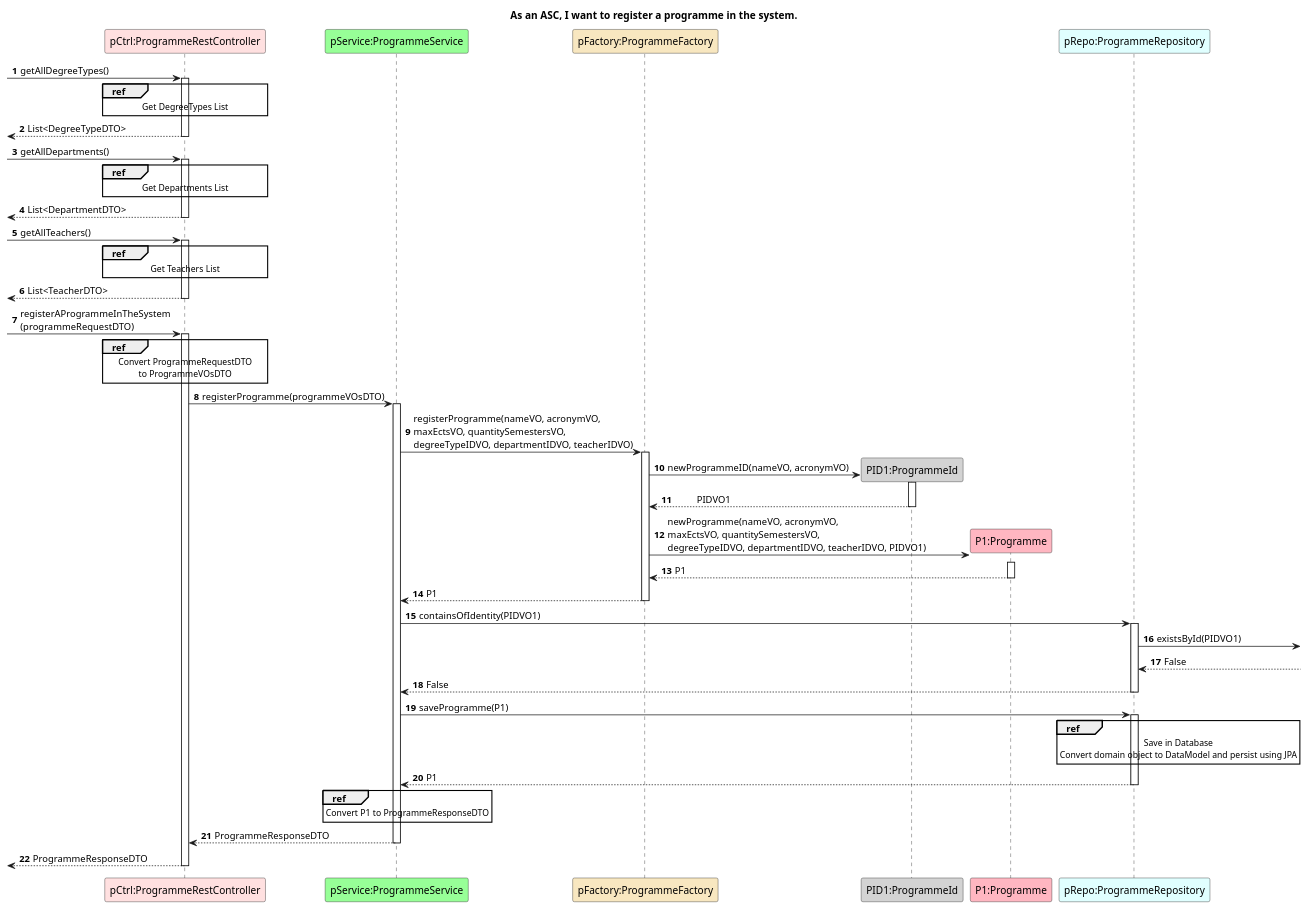
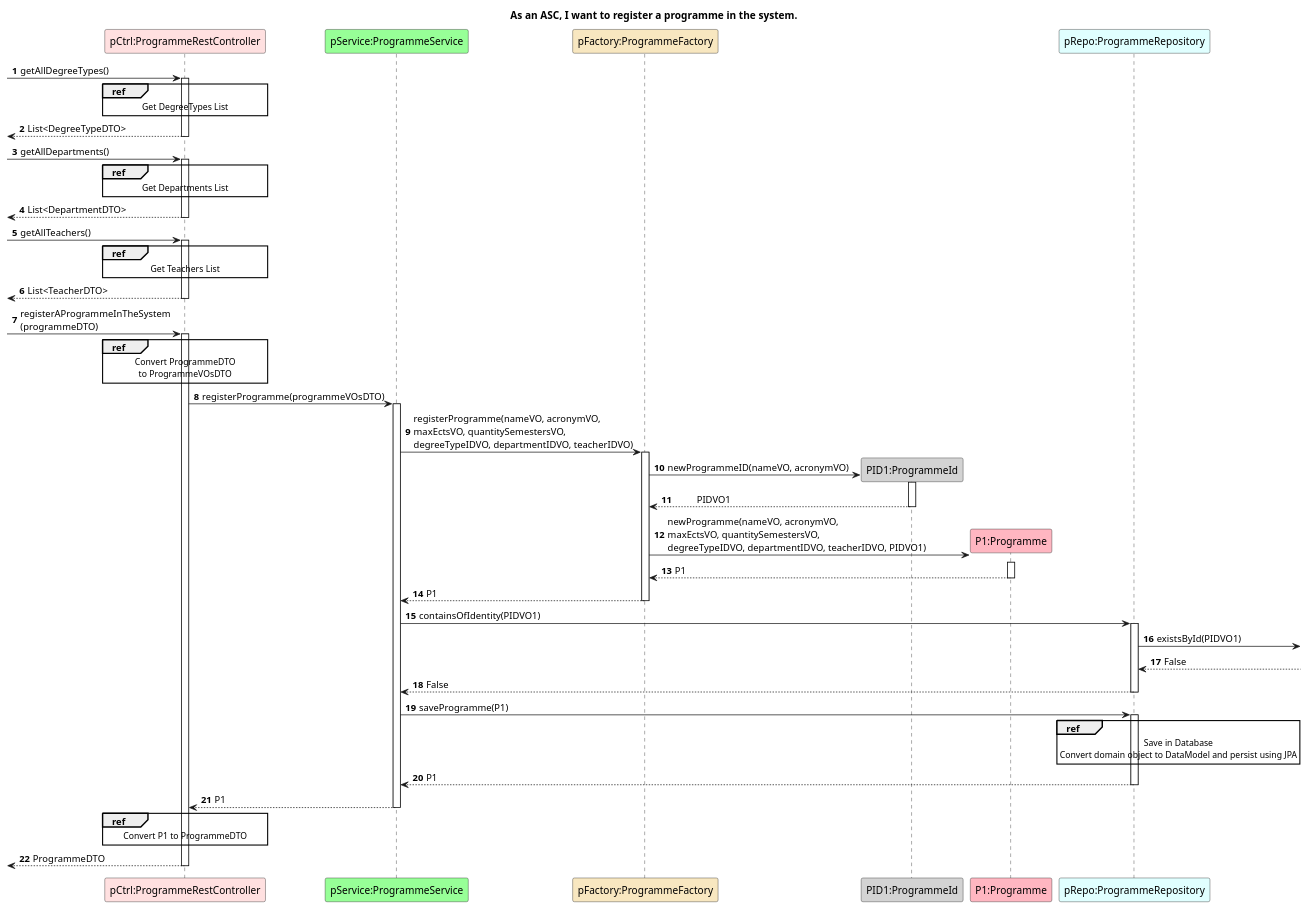
One commit to GasparISEP/DevOps-PAI changed the diagram in docs/US31/ProcessView/Level4.puml. Above: the diagram before and after it, drawn with PlantUML. The commit also changed 2 other files, not shown here.

Commit message:
Corrections to registerProgramme ProcessView's diagrams, #505, #523

```diff
--- a/docs/US31/ProcessView/Level4.puml
+++ b/docs/US31/ProcessView/Level4.puml
@@ -1,81 +1,81 @@
 @startuml
 autonumber
 
 title As an ASC, I want to register a programme in the system.
 
 
 participant "pCtrl:ProgrammeRestController" as C #implementation
 participant "pService:ProgrammeService" as PS #physical
 participant "pFactory:ProgrammeFactory" as PF #strategy
 participant "PID1:ProgrammeId" as PID #lightgrey
 participant "P1:Programme" as P #lightpink
 participant "pRepo:ProgrammeRepository" as PR #lightcyan
 
 
 
  -> C ++: getAllDegreeTypes()
 
 ref over C
           Get DegreeTypes List
 end ref
 
  <-- C --: List<DegreeTypeDTO>
 
  -> C ++: getAllDepartments()
 
 ref over C
           Get Departments List
 end ref
 
  <-- C --: List<DepartmentDTO>
 
  -> C ++: getAllTeachers()
 
 ref over C
           Get Teachers List
 end ref
 
 <-- C --: List<TeacherDTO>
 
- -> C ++: registerAProgrammeInTheSystem \n(programmeRequestDTO)
+ -> C ++: registerAProgrammeInTheSystem \n(programmeDTO)
 
 ref over C
-    Convert ProgrammeRequestDTO
+    Convert ProgrammeDTO
     to ProgrammeVOsDTO
 end ref
 
 C -> PS ++: registerProgramme(programmeVOsDTO)
 
 PS -> PF ++: registerProgramme(nameVO, acronymVO, \nmaxEctsVO, quantitySemestersVO, \ndegreeTypeIDVO, departmentIDVO, teacherIDVO)
 
 PF -> PID **: newProgrammeID(nameVO, acronymVO)
 activate PID
 PID --> PF --: \t PIDVO1
 PF -> P **: newProgramme(nameVO, acronymVO, \nmaxEctsVO, quantitySemestersVO, \ndegreeTypeIDVO, departmentIDVO, teacherIDVO, PIDVO1)
 activate P
 
 P --> PF --: P1
 PF --> PS --: P1
 
 PS -> PR++ :containsOfIdentity(PIDVO1)
 PR -> : existsById(PIDVO1)
 PR <-- : False
 PR --> PS-- : False
 PS -> PR ++: saveProgramme(P1)
 
 ref over PR
     Save in Database
     Convert domain object to DataModel and persist using JPA
 end ref
 
 PR --> PS --: P1
 
-ref over PS
-    Convert P1 to ProgrammeResponseDTO
+PS --> C --: P1
+
+ref over C
+    Convert P1 to ProgrammeDTO
 end ref
 
-PS --> C --: ProgrammeResponseDTO
-
-<-- C--: ProgrammeResponseDTO
+<-- C--: ProgrammeDTO
 
 @enduml
```
